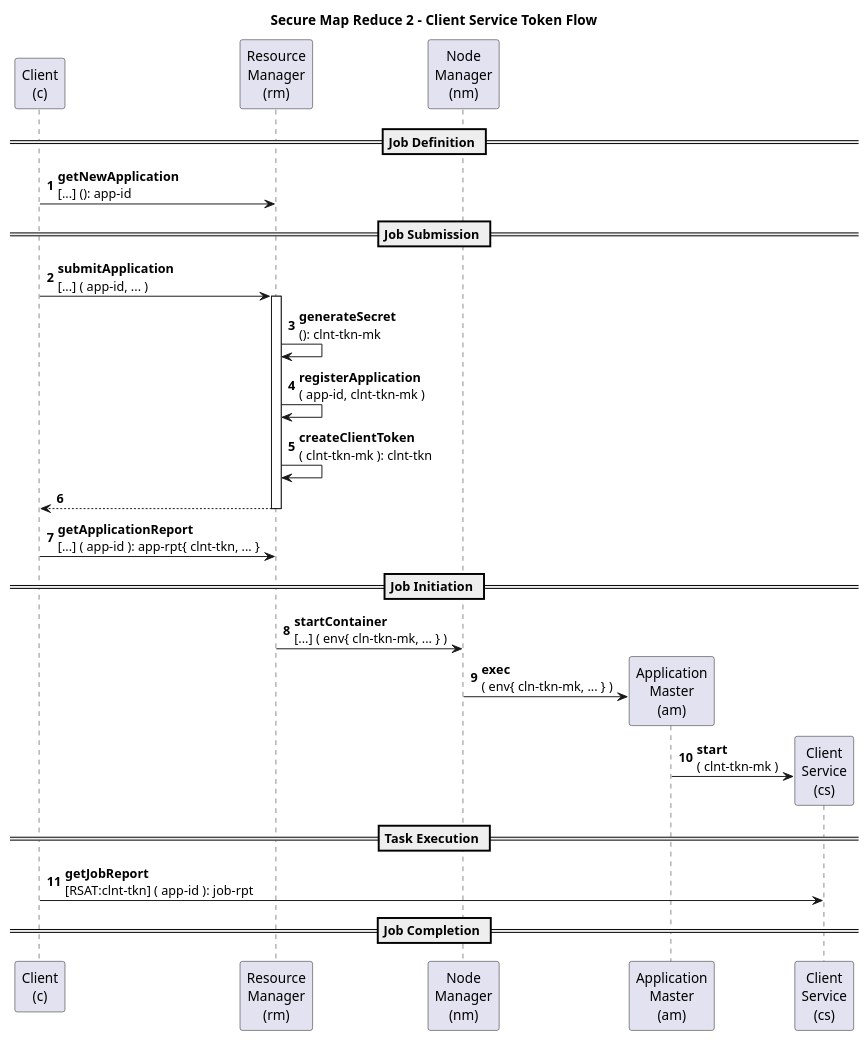
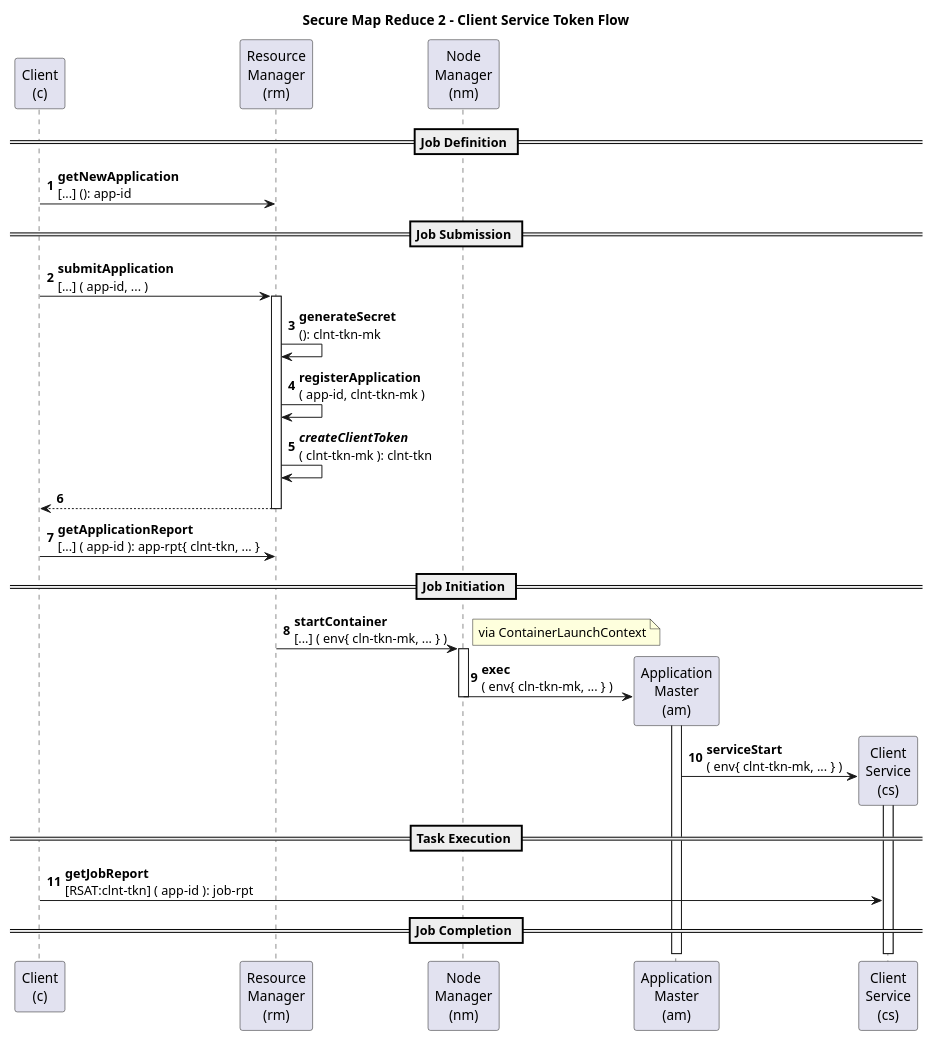
Before and after one commit to kminder/puml: the diagram in hadoop/src/mr2/secure-mapreduce2-12-clnt-tkn.puml, drawn with PlantUML. The commit also changed 3 other files, not shown here.

Commit message:
Correct launching and several token diagrams.

```diff
--- a/hadoop/src/mr2/secure-mapreduce2-12-clnt-tkn.puml
+++ b/hadoop/src/mr2/secure-mapreduce2-12-clnt-tkn.puml
@@ -1,74 +1,89 @@
 @startuml
 title Secure Map Reduce 2 - Client Service Token Flow
 autonumber
 'hide footbox
 
 participant "Client\n(c)" as C
 participant "Resource\nManager\n(rm)" as RM
 'participant "History\nServer\n(hs)" as HS
 participant "Node\nManager\n(nm)" as NM
 'participant "Shuffle\nHandler\n(ss)" as SS
 participant "Application\nMaster\n(am)" as AM
 participant "Client\nService\n(cs)" as CS
 'participant "Application\nContainer\n(ac)" as AC #red
 'participant "Task\n(t)" as T #orange
 'participant "File\nSystem\n(fs)" as FS
 'participant "Name\nNode\n(nn)" as NN
 'participant "Data\nNode\n(dn)" as DN
 'participant "Kerberos\nKDC" as KDC
 
 'note over C,DN #green: QUESTION ?
 
 '== Bootstrap ==
 
 == Job Definition ==
 
 '1
+'ClientRMService.getNewApplication
 C->RM: <b>getNewApplication</b>\n[...] (): app-id
 
 == Job Submission ==
 
 '2
+'ClientRMService.submitApplication
 C->RM: <b>submitApplication</b>\n[...] ( app-id, ... )
 
   activate RM
 
 '3
+'SecretManager.generateSecret
 RM->RM: <b>generateSecret</b>\n(): clnt-tkn-mk
 
 '4
+'ClientToAMTokenSecretManagerInRM.registerApplication
 RM->RM: <b>registerApplication</b>\n( app-id, clnt-tkn-mk )
 
-'4
-RM->RM: <b>createClientToken</b>\n( clnt-tkn-mk ): clnt-tkn
+'5
+RM->RM: <b><i>createClientToken</i></b>\n( clnt-tkn-mk ): clnt-tkn
 
-'5
+'6
 C<--RM:
   deactivate RM
 
-'6
+'7
+'ClientRMService.getApplicationReport
 C->RM: <b>getApplicationReport</b>\n[...] ( app-id ): app-rpt{ clnt-tkn, ... }
 
 == Job Initiation ==
 
+'8
+'NMClientImpl.startContainer
+'ContainerManagerImpl.startContainer
 RM->NM: <b>startContainer</b>\n[...] ( env{ cln-tkn-mk, ... } )
-'  activate NM
+  note right: via ContainerLaunchContext
+  activate NM
 
+'9
+'LinuxContainerExecutor.launchContainer
+'ShellCommandExeuctor.execute
+'Shell.runCommand
   create AM
+NM->AM: <b>exec</b>\n( env{ cln-tkn-mk, ... } )
+  deactivate NM
+  activate AM
 
-NM->AM: <b>exec</b>\n( env{ cln-tkn-mk, ... } )
-'  deactivate NM
-
+'10
+'MRClientService.serviceStart
   create CS
-
-'5
-AM->CS: <b>start</b>\n( clnt-tkn-mk )
+AM->CS: <b>serviceStart</b>\n( env{ clnt-tkn-mk, ... } )
+  activate CS
 
 == Task Execution ==
 
-'6
+'11
+'MRClientService.getJobReport
 C->CS: <b>getJobReport</b>\n[RSAT:clnt-tkn] ( app-id ): job-rpt
 
 == Job Completion ==
 
 @enduml
```
